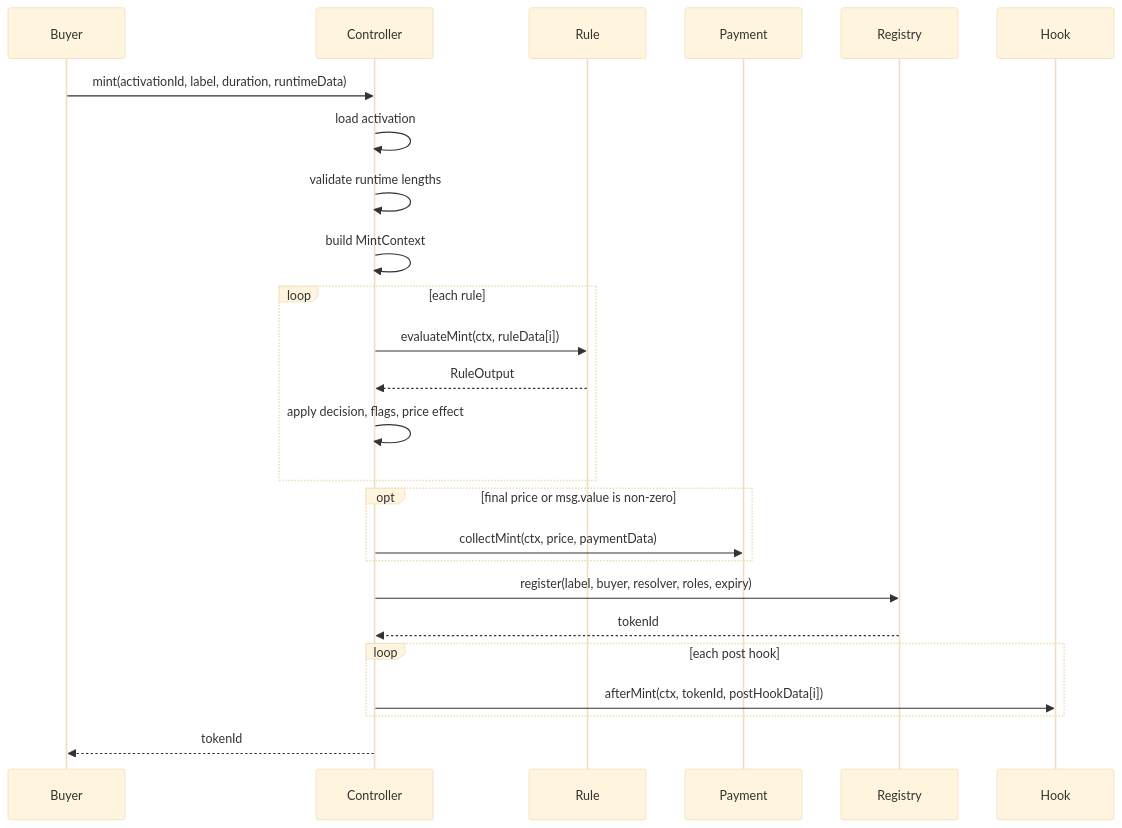
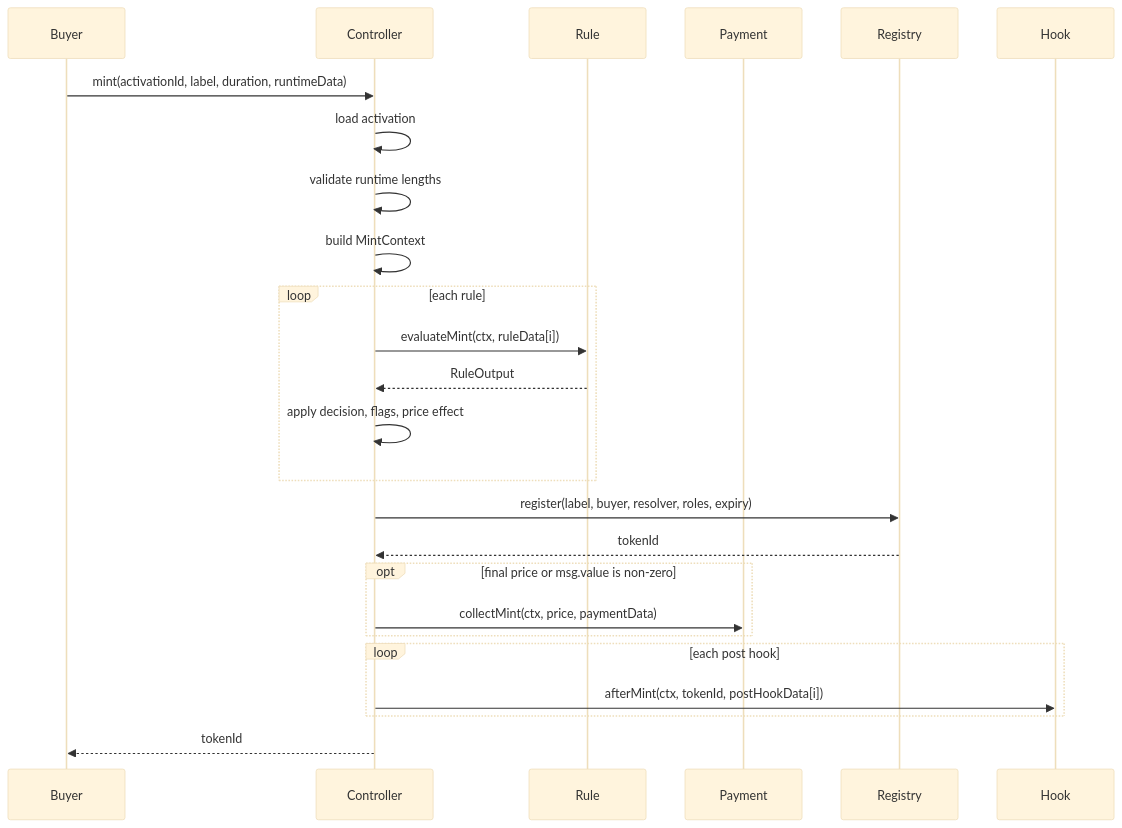
One commit to envoy1084/namespace-contracts-v2 changed the first of 2 diagrams in docs/03-mint-and-renewal-flow.md. Above: the diagram before and after it, drawn with Mermaid (base theme). The commit also changed other lines of this file and 6 other files, not shown here.

Commit message:
docs: add namespace architecture gas review

````diff
--- a/docs/03-mint-and-renewal-flow.md
+++ b/docs/03-mint-and-renewal-flow.md
@@ -38,28 +38,28 @@
 ```mermaid
 sequenceDiagram
     participant Buyer
     participant Controller
     participant Rule
     participant Payment
     participant Registry
     participant Hook
 
     Buyer->>Controller: mint(activationId, label, duration, runtimeData)
     Controller->>Controller: load activation
     Controller->>Controller: validate runtime lengths
     Controller->>Controller: build MintContext
     loop each rule
         Controller->>Rule: evaluateMint(ctx, ruleData[i])
         Rule-->>Controller: RuleOutput
         Controller->>Controller: apply decision, flags, price effect
     end
+    Controller->>Registry: register(label, buyer, resolver, roles, expiry)
+    Registry-->>Controller: tokenId
     opt final price or msg.value is non-zero
         Controller->>Payment: collectMint(ctx, price, paymentData)
     end
-    Controller->>Registry: register(label, buyer, resolver, roles, expiry)
-    Registry-->>Controller: tokenId
     loop each post hook
         Controller->>Hook: afterMint(ctx, tokenId, postHookData[i])
     end
     Controller-->>Buyer: tokenId
 ```
````
